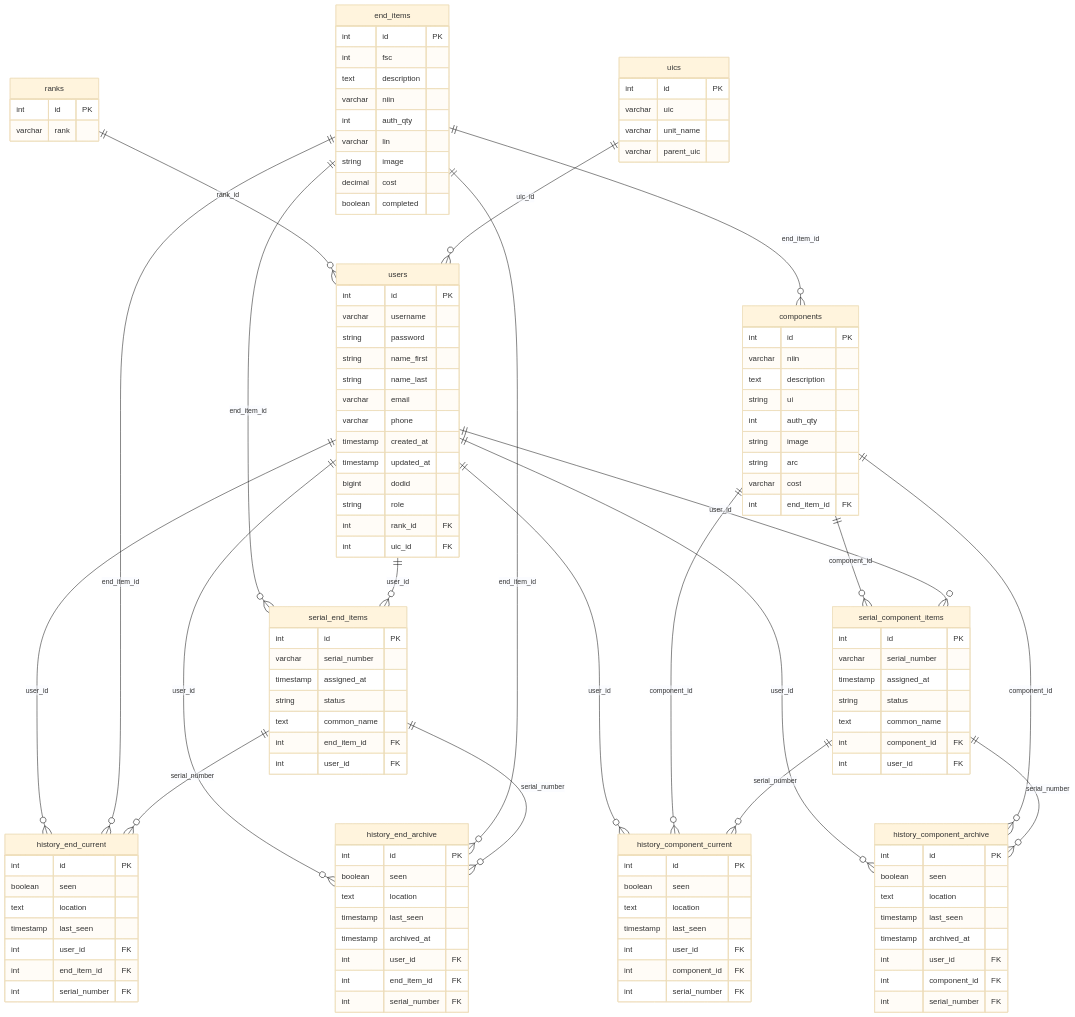
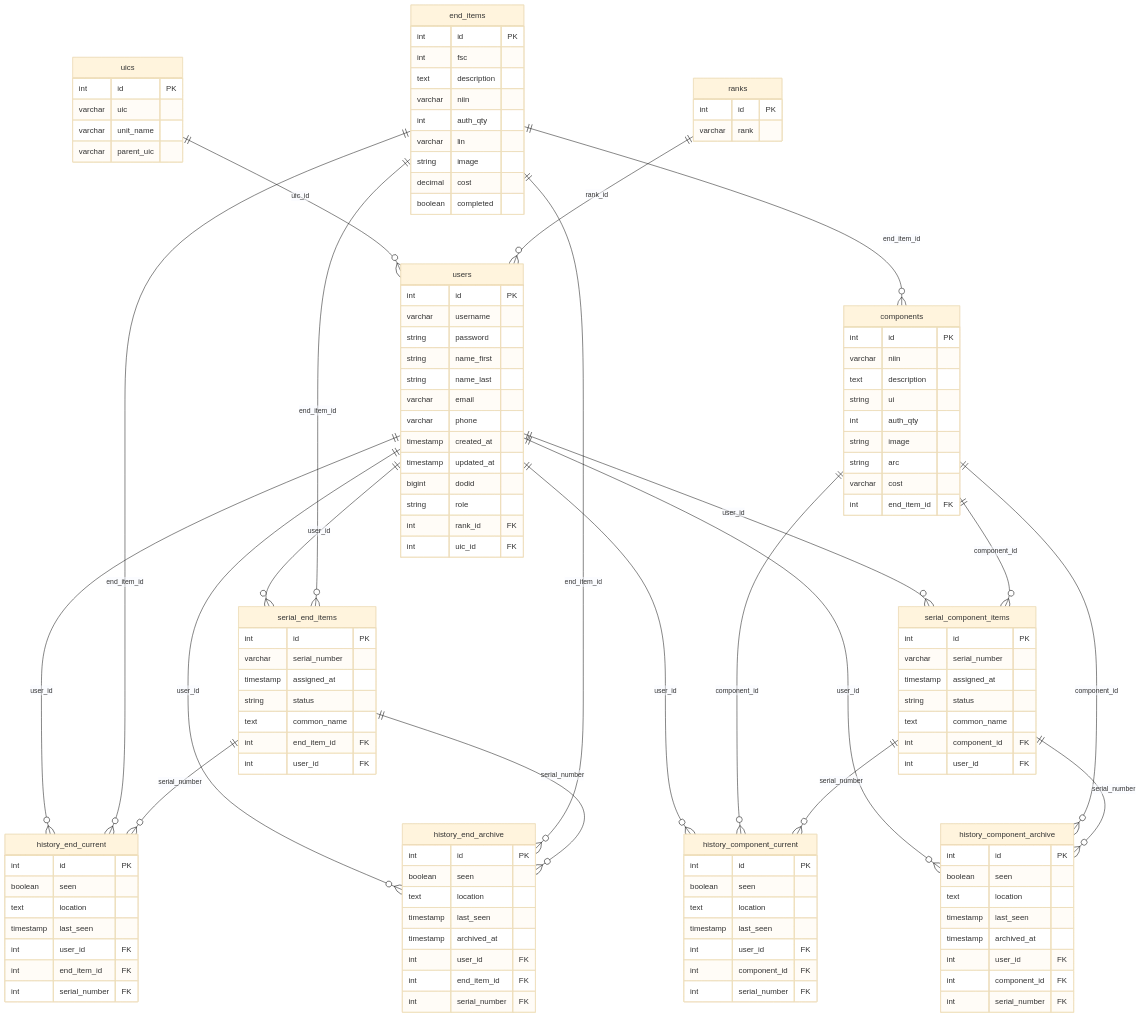
Before and after one commit to briantfbell/torch-app-capstone: the diagram in README.md, drawn with Mermaid (base theme). The commit also changed other lines of this file, not shown here.

Commit message:
organizes mermaid connections

````diff
--- a/README.md
+++ b/README.md
@@ -155,23 +155,23 @@
         int serial_number FK
     }
 
+    uics ||--o{ users : "uic_id"
     ranks ||--o{ users : "rank_id"
-    uics ||--o{ users : "uic_id"
+    users ||--o{ serial_end_items : "user_id"
+    users ||--o{ serial_component_items : "user_id"
+    users ||--o{ history_end_current : "user_id"
+    users ||--o{ history_end_archive : "user_id"
+    users ||--o{ history_component_current : "user_id"
+    users ||--o{ history_component_archive : "user_id"
     end_items ||--o{ components : "end_item_id"
     end_items ||--o{ serial_end_items : "end_item_id"
-    users ||--o{ serial_end_items : "user_id"
+    end_items ||--o{ history_end_current : "end_item_id"
+    end_items ||--o{ history_end_archive : "end_item_id"
     components ||--o{ serial_component_items : "component_id"
-    users ||--o{ serial_component_items : "user_id"
-    users ||--o{ history_end_current : "user_id"
-    end_items ||--o{ history_end_current : "end_item_id"
+    components ||--o{ history_component_current : "component_id"
+    components ||--o{ history_component_archive : "component_id"
     serial_end_items ||--o{ history_end_current : "serial_number"
-    users ||--o{ history_end_archive : "user_id"
-    end_items ||--o{ history_end_archive : "end_item_id"
     serial_end_items ||--o{ history_end_archive : "serial_number"
-    users ||--o{ history_component_current : "user_id"
-    components ||--o{ history_component_current : "component_id"
     serial_component_items ||--o{ history_component_current : "serial_number"
-    users ||--o{ history_component_archive : "user_id"
-    components ||--o{ history_component_archive : "component_id"
     serial_component_items ||--o{ history_component_archive : "serial_number"
 ```
````
